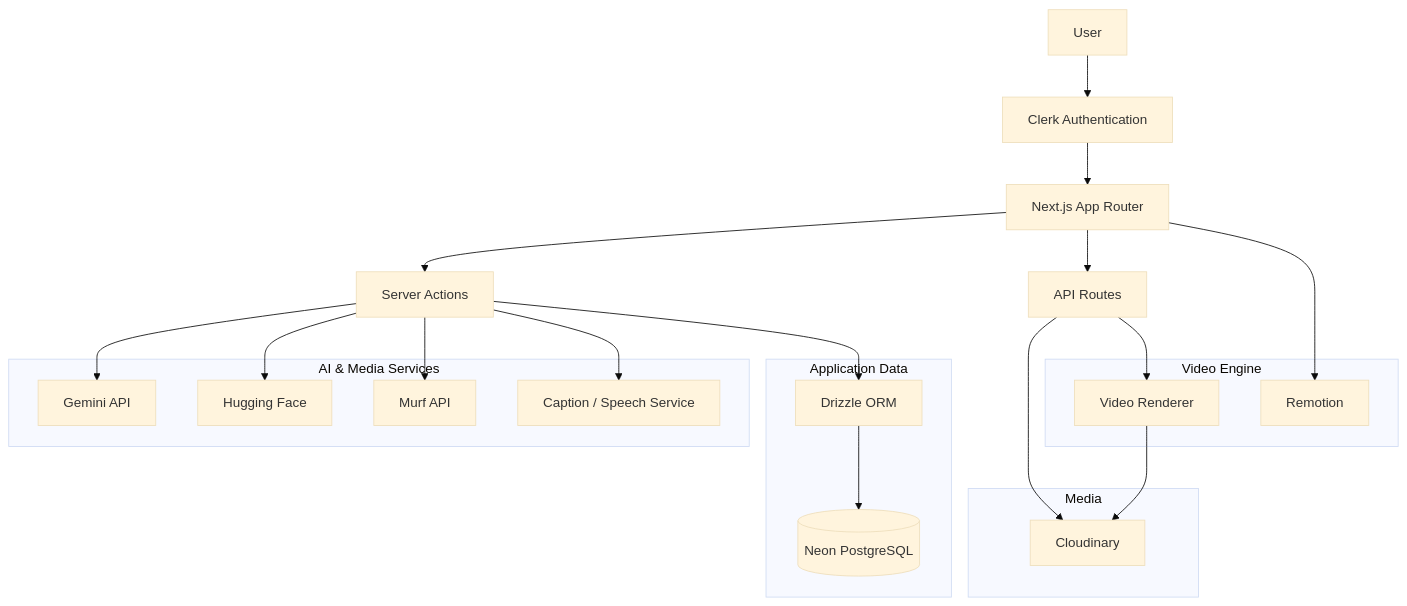
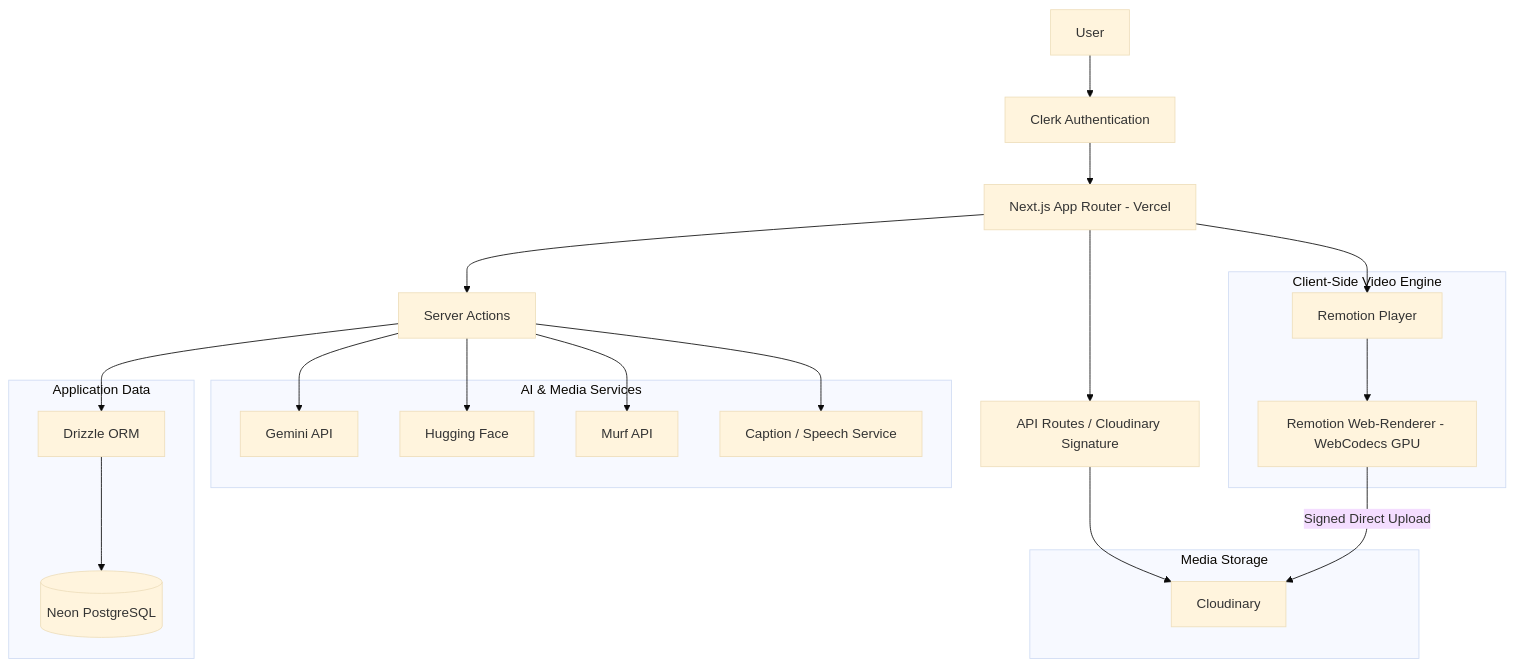
The second of 2 diagrams in README.md (SonCryptoz/ai-video-generator), drawn with Mermaid (base theme) before and after one commit. The commit also changed other lines of this file and 5 other files, not shown here.

Commit message:
Update README with client-side WebCodecs rendering and Vercel architecture

````diff
--- a/README.md
+++ b/README.md
@@ -99,44 +100,44 @@
 ```mermaid
 graph TD
 
     A[User] --> B[Clerk Authentication]
-    B --> C[Next.js App Router]
+    B --> C[Next.js App Router - Vercel]
 
     C --> D[Server Actions]
-    C --> E[API Routes]
+    C --> E[API Routes / Cloudinary Signature]
 
     subgraph AI["AI & Media Services"]
         F[Gemini API]
         G[Hugging Face]
         H[Murf API]
         I[Caption / Speech Service]
     end
 
     subgraph Data["Application Data"]
         J[Drizzle ORM]
         K[(Neon PostgreSQL)]
     end
 
-    subgraph Media["Media"]
+    subgraph Media["Media Storage"]
         L[Cloudinary]
     end
 
-    subgraph Video["Video Engine"]
-        M[Remotion]
-        N[Video Renderer]
+    subgraph Client["Client-Side Video Engine"]
+        M[Remotion Player]
+        N[Remotion Web-Renderer - WebCodecs GPU]
     end
 
     D --> F
     D --> G
     D --> H
     D --> I
 
     D --> J
     J --> K
 
     E --> L
 
     C --> M
-    E --> N
-    N --> L
+    M --> N
+    N -->|Signed Direct Upload| L
 ```
````
